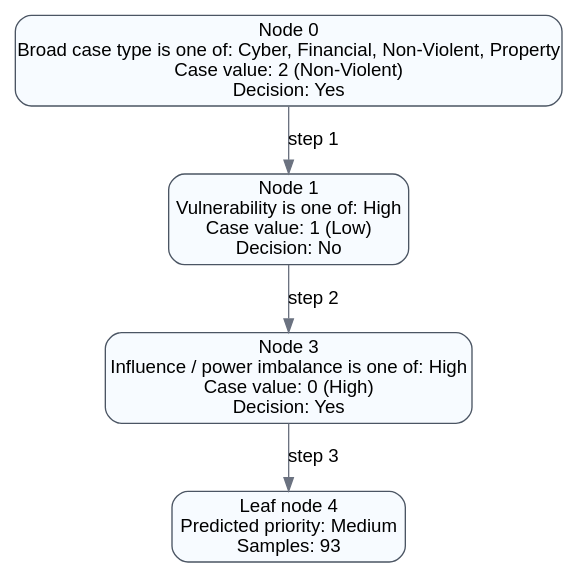
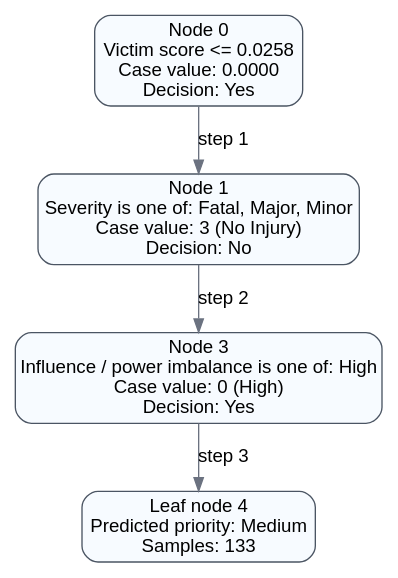
Before and after one commit to The-Yesh21/Anavaya-back-end: the diagram in case_priority_system/decision_graphs/State_Of_Karnataka_vs_Union_Of_India_And_Ors_on_1_January_1800_decision_path.dot, drawn with Graphviz. The commit also changed 40 other files, not shown here.

```diff
--- a/case_priority_system/decision_graphs/State_Of_Karnataka_vs_Union_Of_India_And_Ors_on_1_January_1800_decision_path.dot
+++ b/case_priority_system/decision_graphs/State_Of_Karnataka_vs_Union_Of_India_And_Ors_on_1_January_1800_decision_path.dot
@@ -1,12 +1,12 @@
 digraph DecisionPath {
   rankdir=TB;
   node [shape=box, style="rounded,filled", fillcolor="#F7FBFF", color="#4B5563", fontname="Arial"];
   edge [color="#6B7280", fontname="Arial"];
-  n0 [label="Node 0\nBroad case type is one of: Cyber, Financial, Non-Violent, Property\nCase value: 2 (Non-Violent)\nDecision: Yes"];
-  n1 [label="Node 1\nVulnerability is one of: High\nCase value: 1 (Low)\nDecision: No"];
+  n0 [label="Node 0\nVictim score <= 0.0258\nCase value: 0.0000\nDecision: Yes"];
+  n1 [label="Node 1\nSeverity is one of: Fatal, Major, Minor\nCase value: 3 (No Injury)\nDecision: No"];
   n0 -> n1 [label="step 1"];
   n3 [label="Node 3\nInfluence / power imbalance is one of: High\nCase value: 0 (High)\nDecision: Yes"];
   n1 -> n3 [label="step 2"];
-  n4 [label="Leaf node 4\nPredicted priority: Medium\nSamples: 93"];
+  n4 [label="Leaf node 4\nPredicted priority: Medium\nSamples: 133"];
   n3 -> n4 [label="step 3"];
 }
```
